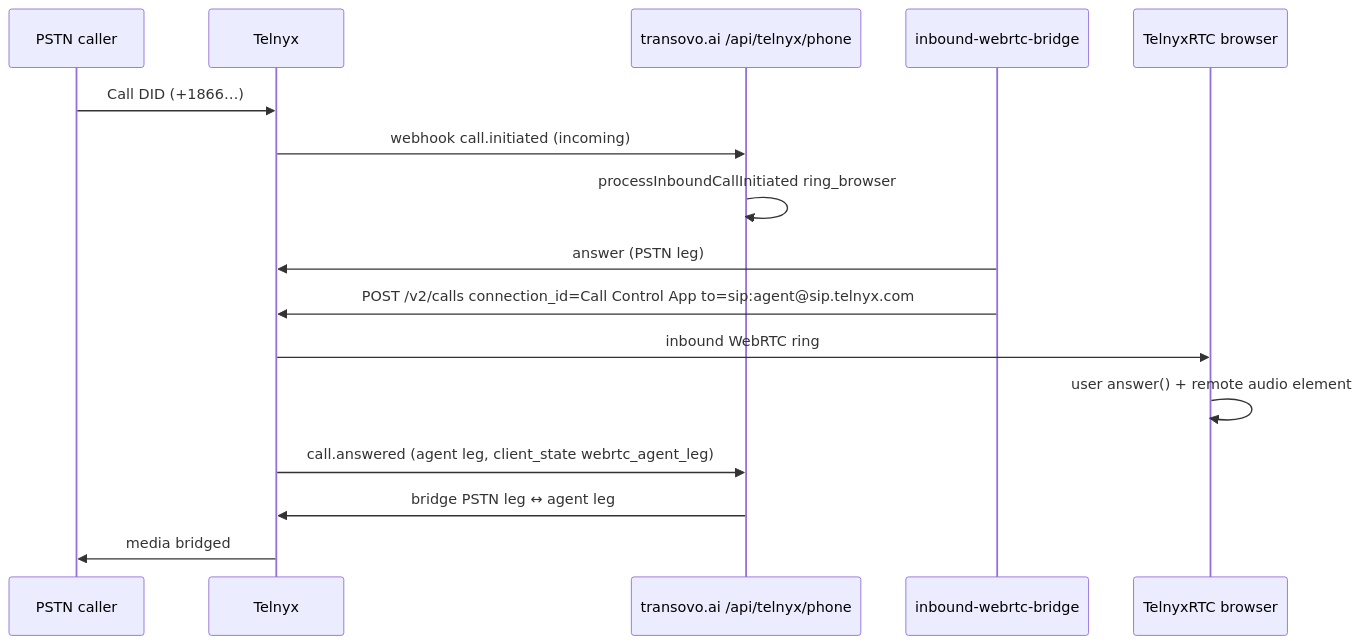
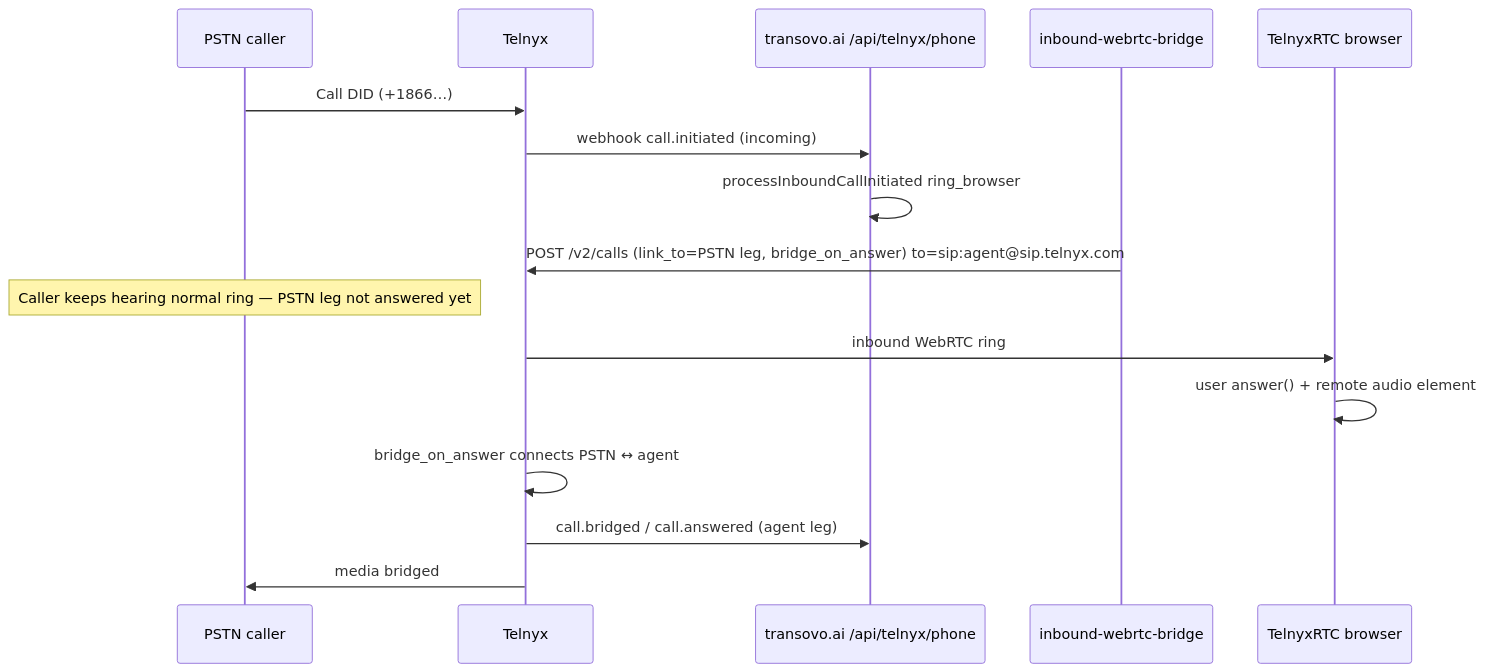
Before and after one commit to 703deuce/sms: the diagram in docs/NEW-APP-INBOUND-WEBRTC-CALL-FLOW.md, drawn with Mermaid. The commit also changed other lines of this file and 5 other files, not shown here.

Commit message:
fix(phone): do not answer PSTN until agent picks up (bridge_on_answer)

````diff
--- a/docs/NEW-APP-INBOUND-WEBRTC-CALL-FLOW.md
+++ b/docs/NEW-APP-INBOUND-WEBRTC-CALL-FLOW.md
@@ -24,19 +24,19 @@
 ```mermaid
 sequenceDiagram
   participant Caller as PSTN caller
   participant Telnyx as Telnyx
   participant API as transovo.ai /api/telnyx/phone
   participant Bridge as inbound-webrtc-bridge
   participant Browser as TelnyxRTC browser
 
   Caller->>Telnyx: Call DID (+1866…)
   Telnyx->>API: webhook call.initiated (incoming)
   API->>API: processInboundCallInitiated ring_browser
-  Bridge->>Telnyx: answer (PSTN leg)
-  Bridge->>Telnyx: POST /v2/calls connection_id=Call Control App to=sip:agent@sip.telnyx.com
+  Bridge->>Telnyx: POST /v2/calls (link_to=PSTN leg, bridge_on_answer) to=sip:agent@sip.telnyx.com
+  Note over Caller: Caller keeps hearing normal ring — PSTN leg not answered yet
   Telnyx->>Browser: inbound WebRTC ring
   Browser->>Browser: user answer() + remote audio element
-  Telnyx->>API: call.answered (agent leg, client_state webrtc_agent_leg)
-  API->>Telnyx: bridge PSTN leg ↔ agent leg
+  Telnyx->>Telnyx: bridge_on_answer connects PSTN ↔ agent
+  Telnyx->>API: call.bridged / call.answered (agent leg)
   Telnyx->>Caller: media bridged
 ```
````
